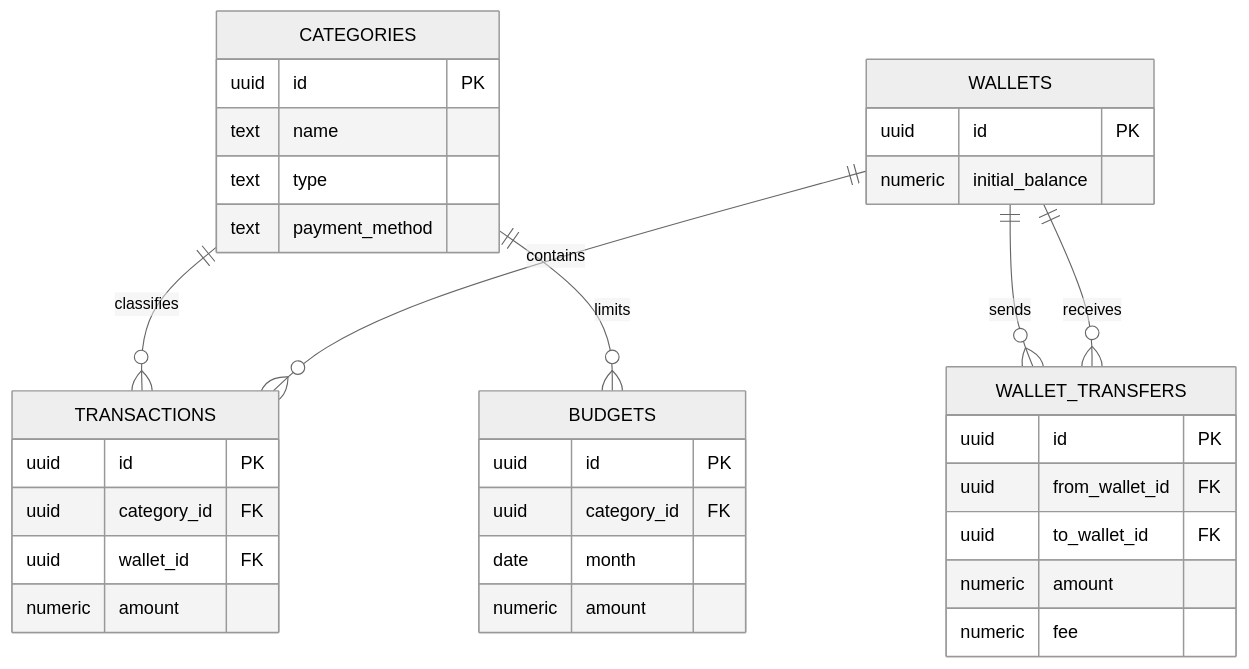
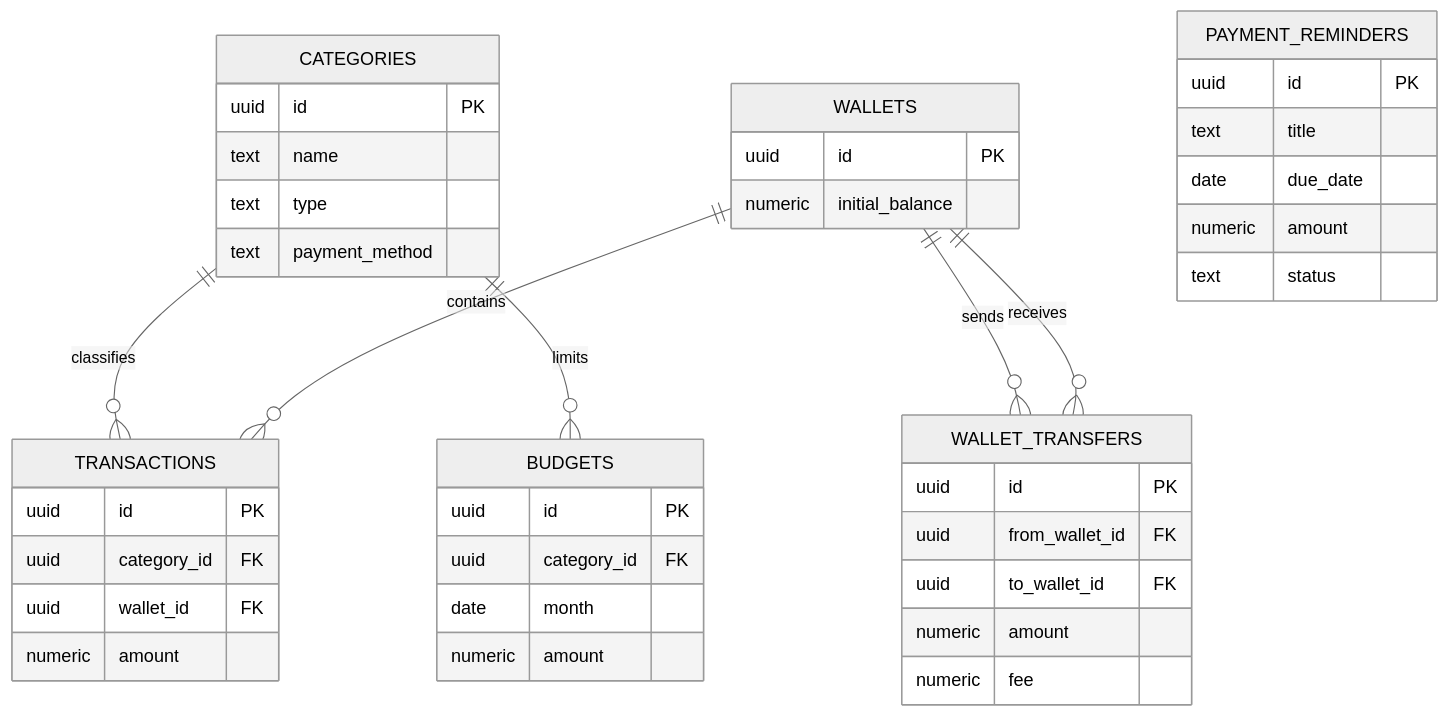
Before and after one commit to ZakiAryo/Keuangan: the diagram in docs/DATABASE.md, drawn with Mermaid (neutral theme). The commit also changed other lines of this file and 21 other files, not shown here.

````diff
--- a/docs/DATABASE.md
+++ b/docs/DATABASE.md
@@ -8,38 +8,45 @@
 ```mermaid
 erDiagram
   CATEGORIES ||--o{ TRANSACTIONS : classifies
   CATEGORIES ||--o{ BUDGETS : limits
   WALLETS ||--o{ TRANSACTIONS : contains
   WALLETS ||--o{ WALLET_TRANSFERS : sends
   WALLETS ||--o{ WALLET_TRANSFERS : receives
 
   CATEGORIES {
     uuid id PK
     text name
     text type
     text payment_method
   }
   WALLETS {
     uuid id PK
     numeric initial_balance
   }
   TRANSACTIONS {
     uuid id PK
     uuid category_id FK
     uuid wallet_id FK
     numeric amount
   }
   BUDGETS {
     uuid id PK
     uuid category_id FK
     date month
     numeric amount
   }
   WALLET_TRANSFERS {
     uuid id PK
     uuid from_wallet_id FK
     uuid to_wallet_id FK
     numeric amount
     numeric fee
   }
+  PAYMENT_REMINDERS {
+    uuid id PK
+    text title
+    date due_date
+    numeric amount
+    text status
+  }
 ```
````
